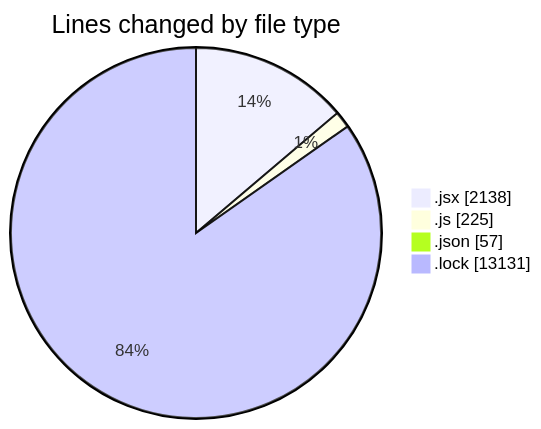
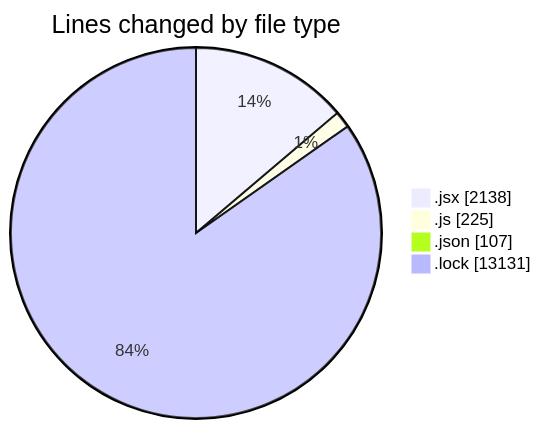
One commit to momahboobian/code-tracking changed the first of 2 diagrams in 2026-02-10/cda/README.md. Above: the diagram before and after it, drawn with Mermaid. The commit also changed other lines of this file and 1 other file, not shown here.

````diff
--- a/2026-02-10/cda/README.md
+++ b/2026-02-10/cda/README.md
@@ -36,8 +37,8 @@
 ```mermaid
 pie showData
 title Lines changed by file type
 ".jsx" : 2138
 ".js" : 225
-".json" : 57
+".json" : 107
 ".lock" : 13131
 ```
````
